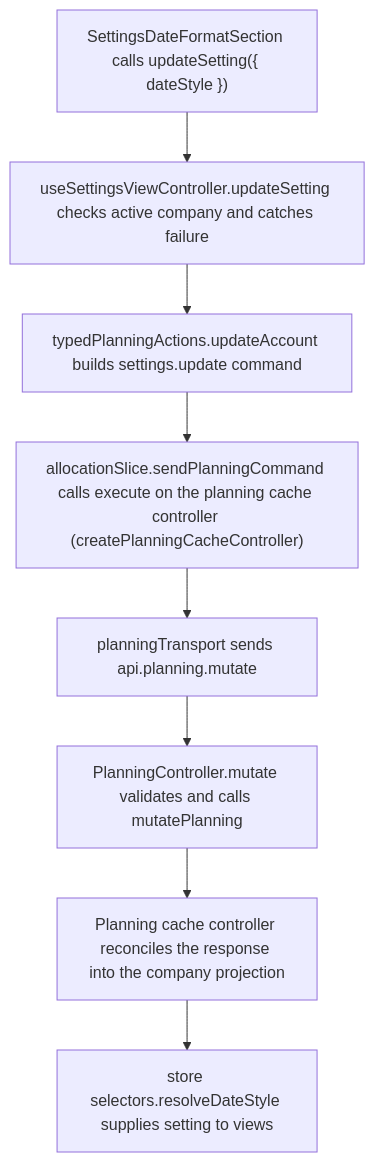
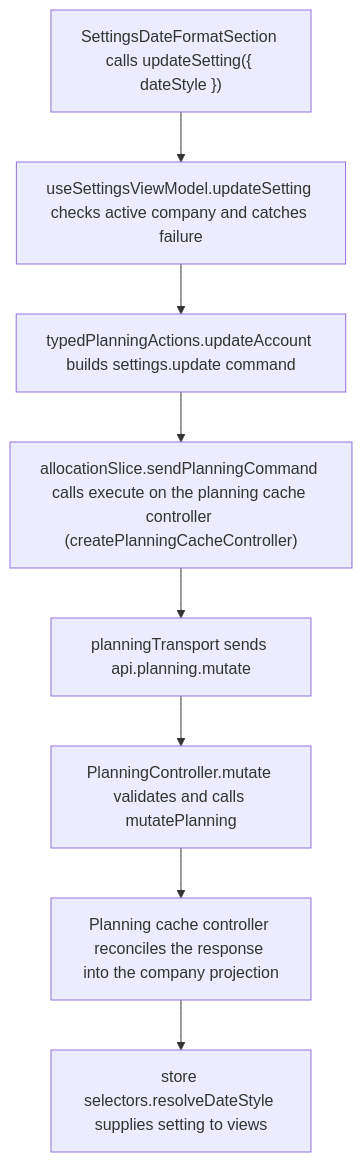
One commit to Kevinjohn/capacitylens changed the second of 2 diagrams in user-stories/settings/US-SET-17-date-style.md. Above: the diagram before and after it, drawn with Mermaid. The commit also changed other lines of this file and 33 other files, not shown here.

First line of the commit message:
Controller to view model: rename the screen hooks

````diff
--- a/user-stories/settings/US-SET-17-date-style.md
+++ b/user-stories/settings/US-SET-17-date-style.md
@@ -29,10 +29,10 @@
 ```mermaid
 flowchart TD
-  control["SettingsDateFormatSection calls updateSetting({ dateStyle })"] --> view["useSettingsViewController.updateSetting checks active company and catches failure"]
+  control["SettingsDateFormatSection calls updateSetting({ dateStyle })"] --> view["useSettingsViewModel.updateSetting checks active company and catches failure"]
   view --> action["typedPlanningActions.updateAccount builds settings.update command"]
   action --> execute["allocationSlice.sendPlanningCommand calls execute on the planning cache controller (createPlanningCacheController)"]
   execute --> transport["planningTransport sends api.planning.mutate"]
   transport --> route["PlanningController.mutate validates and calls mutatePlanning"]
   route --> reply["Planning cache controller reconciles the response into the company projection"]
   reply --> read["store selectors.resolveDateStyle supplies setting to views"]
 ```
````
